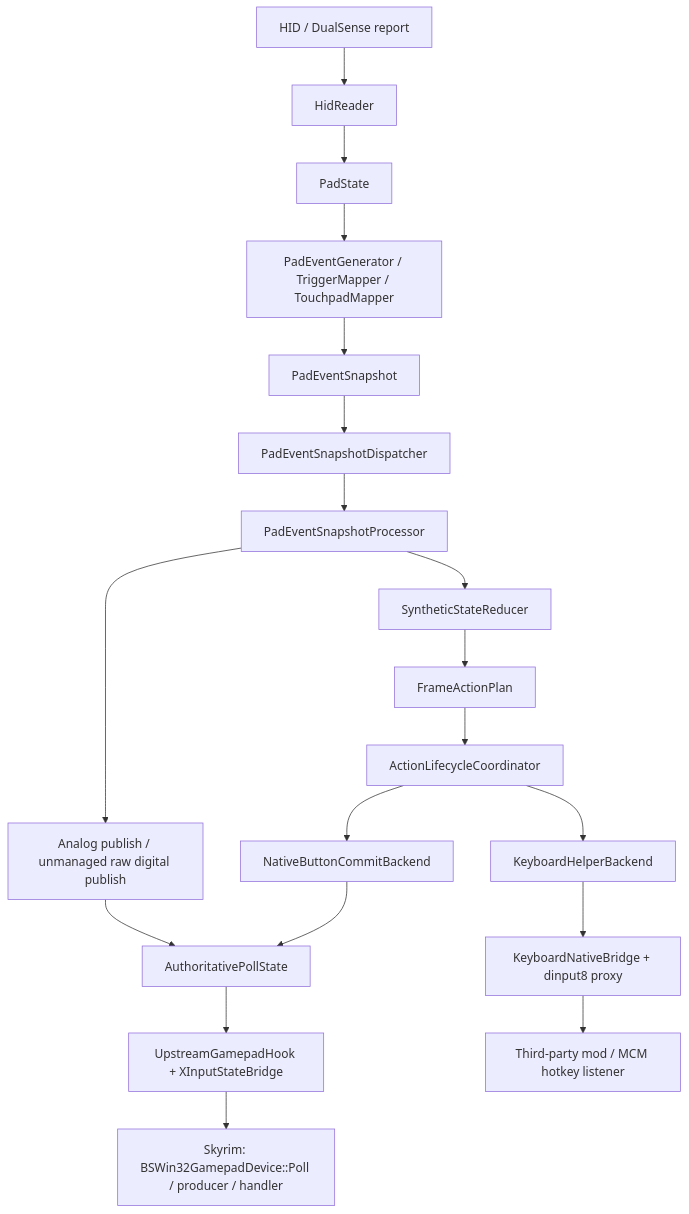
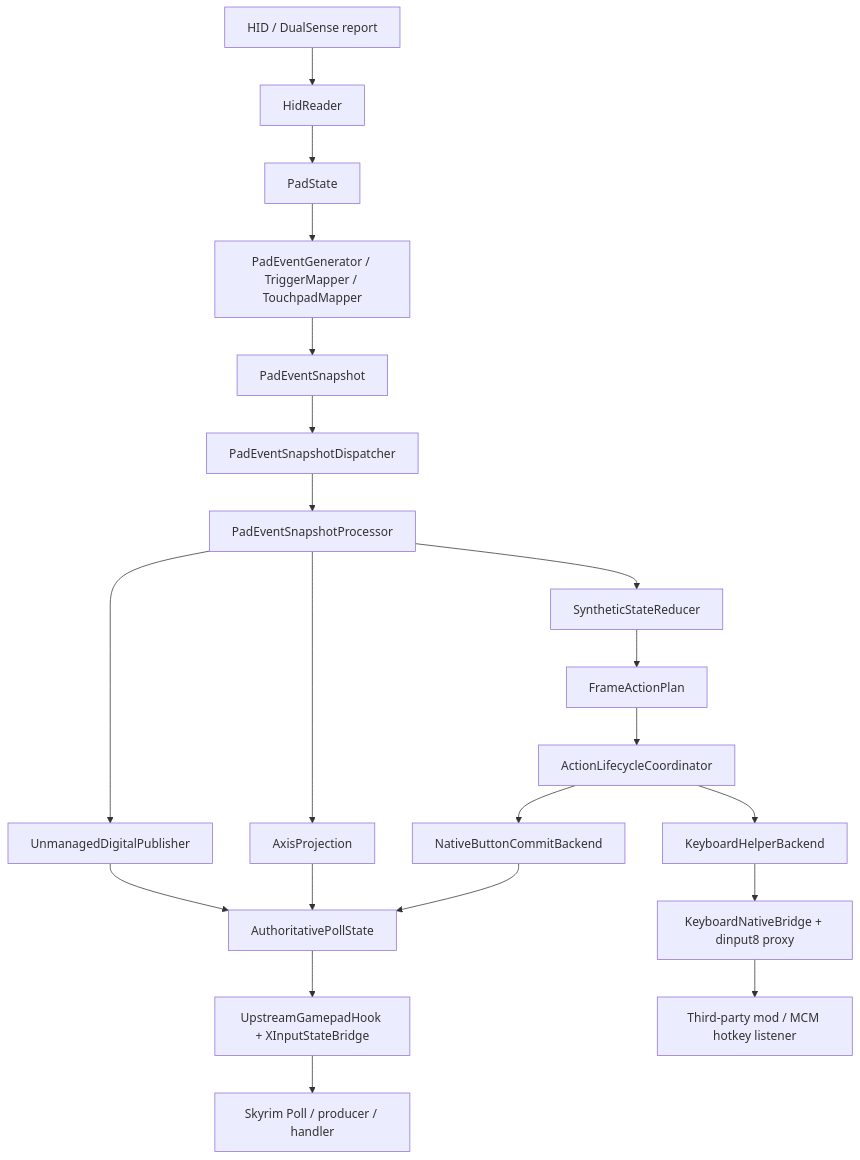
One commit to airoucat/dualpad changed the diagram in docs/current_input_pipeline_zh.md. Above: the diagram before and after it, drawn with Mermaid. The commit also changed other lines of this file and 43 other files, not shown here.

````diff
--- a/docs/current_input_pipeline_zh.md
+++ b/docs/current_input_pipeline_zh.md
@@ -22,21 +22,23 @@
 ```mermaid
 flowchart TB
     A["HID / DualSense report"] --> B["HidReader"]
     B --> C["PadState"]
     C --> D["PadEventGenerator / TriggerMapper / TouchpadMapper"]
     D --> E["PadEventSnapshot"]
     E --> F["PadEventSnapshotDispatcher"]
     F --> G["PadEventSnapshotProcessor"]
     G --> H["SyntheticStateReducer"]
     H --> I["FrameActionPlan"]
     I --> J["ActionLifecycleCoordinator"]
     J --> K1["NativeButtonCommitBackend"]
     J --> K2["KeyboardHelperBackend"]
-    G --> K3["Analog publish / unmanaged raw digital publish"]
+    G --> K3["AxisProjection"]
+    G --> K4["UnmanagedDigitalPublisher"]
     K1 --> L["AuthoritativePollState"]
     K3 --> L
+    K4 --> L
     L --> M["UpstreamGamepadHook + XInputStateBridge"]
-    M --> N["Skyrim: BSWin32GamepadDevice::Poll / producer / handler"]
+    M --> N["Skyrim Poll / producer / handler"]
     K2 --> O["KeyboardNativeBridge + dinput8 proxy"]
     O --> P["Third-party mod / MCM hotkey listener"]
 ```
````
